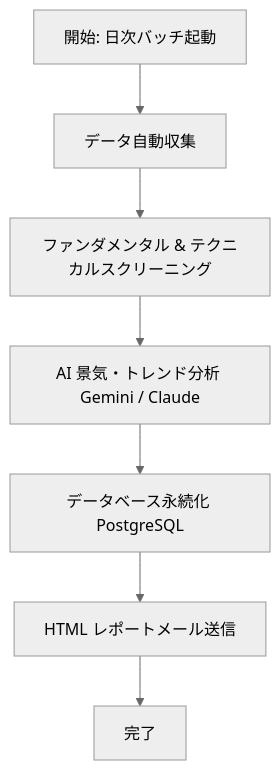
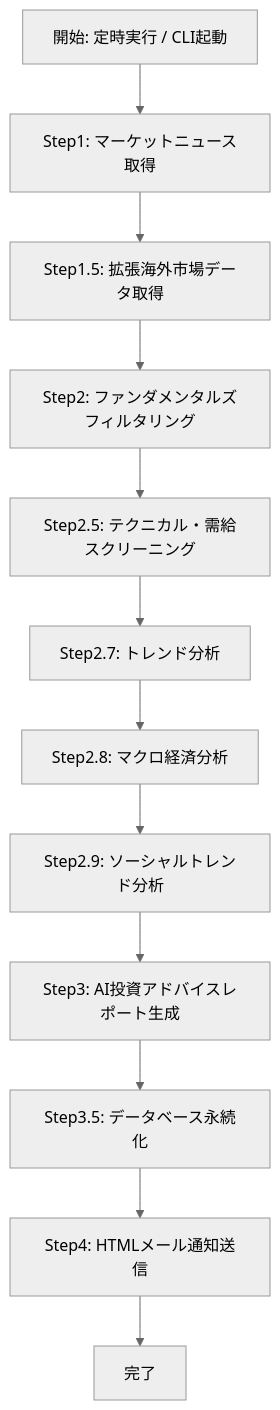
One commit to baann1000p-debug/stock-trading-support-tool-design-external changed the diagram in docs/external/01_functional_spec.md. Above: the diagram before and after it, drawn with Mermaid (neutral theme). The commit also changed other lines of this file and 25 other files, not shown here.

````diff
--- a/docs/external/01_functional_spec.md
+++ b/docs/external/01_functional_spec.md
@@ -137,9 +146,14 @@
 ```mermaid
 flowchart TD
-    A[開始: 日次バッチ起動] --> B[データ自動収集]
-    B --> C[ファンダメンタル & テクニカルスクリーニング]
-    C --> D[AI 景気・トレンド分析 Gemini / Claude]
-    D --> E[データベース永続化 PostgreSQL]
-    E --> F[HTML レポートメール送信]
-    F --> G[完了]
+    A[開始: 定時実行 / CLI起動] --> B[Step1: マーケットニュース取得]
+    B --> C[Step1.5: 拡張海外市場データ取得]
+    C --> D[Step2: ファンダメンタルズフィルタリング]
+    D --> E[Step2.5: テクニカル・需給スクリーニング]
+    E --> F[Step2.7: トレンド分析]
+    F --> G[Step2.8: マクロ経済分析]
+    G --> H[Step2.9: ソーシャルトレンド分析]
+    H --> I[Step3: AI投資アドバイスレポート生成]
+    I --> J[Step3.5: データベース永続化]
+    J --> K[Step4: HTMLメール通知送信]
+    K --> L[完了]
 ```
````
